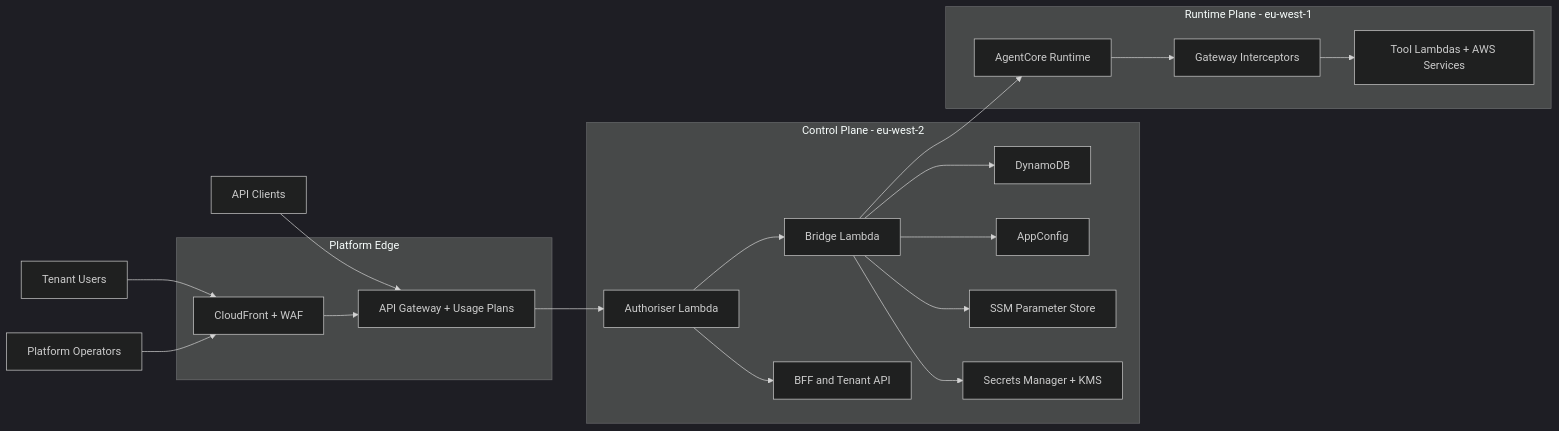
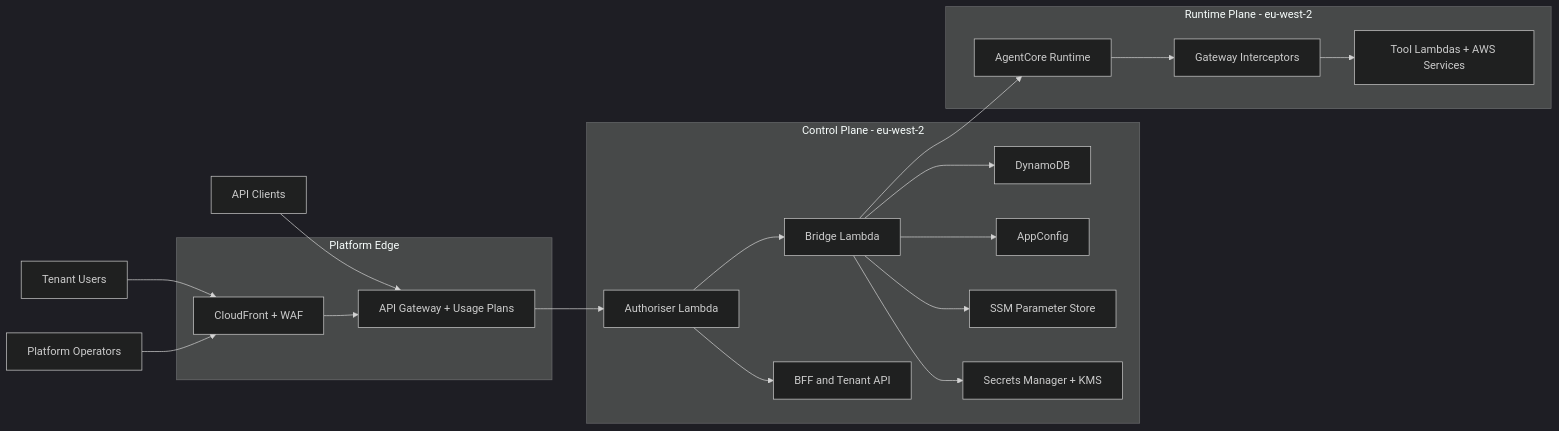
The first of 4 diagrams in README.md (j3brns/a5c-cell), drawn with Mermaid (dark theme) before and after one commit. The commit also changed other lines of this file and 56 other files, not shown here.

````diff
--- a/README.md
+++ b/README.md
@@ -48,42 +48,42 @@
 ```mermaid
 flowchart LR
     U[Tenant Users]
     O[Platform Operators]
     C[API Clients]
 
     subgraph EDGE[Platform Edge]
         CF[CloudFront + WAF]
         GW[API Gateway + Usage Plans]
     end
 
     subgraph CONTROL[Control Plane - eu-west-2]
         AUTH[Authoriser Lambda]
         BRIDGE[Bridge Lambda]
         BFF[BFF and Tenant API]
         DDB[DynamoDB]
         APP[AppConfig]
         SSM[SSM Parameter Store]
         SEC[Secrets Manager + KMS]
     end
 
-    subgraph RUNTIME[Runtime Plane - eu-west-1]
+    subgraph RUNTIME[Runtime Plane - eu-west-2]
         AC[AgentCore Runtime]
         INT[Gateway Interceptors]
         TOOLS[Tool Lambdas + AWS Services]
     end
 
     U --> CF
     O --> CF
     C --> GW
     CF --> GW
     GW --> AUTH
     AUTH --> BRIDGE
     AUTH --> BFF
     BRIDGE --> DDB
     BRIDGE --> APP
     BRIDGE --> SSM
     BRIDGE --> SEC
     BRIDGE --> AC
     AC --> INT
     INT --> TOOLS
 ```
````
